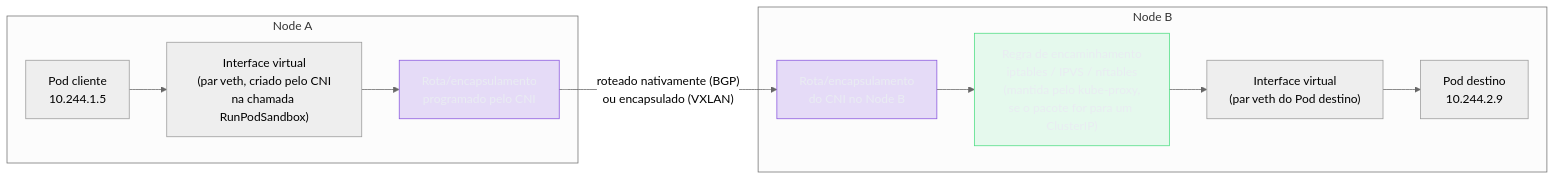
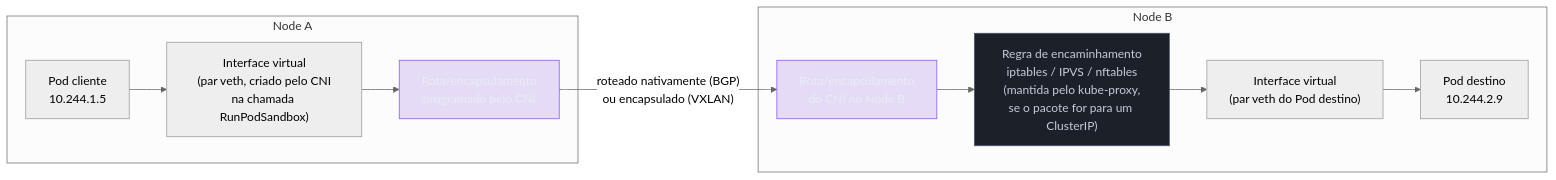
One commit to josenaldo/codex-technomanticus changed the fifth of 5 diagrams in 03-Dominios/Tecnologia/Infraestrutura/Kubernetes/20 - Rede do cluster por dentro.md. Above: the diagram before and after it, drawn with Mermaid (neutral theme). The commit also changed other lines of this file and 601 other files, not shown here.

````diff
--- a/03-Dominios/Tecnologia/Infraestrutura/Kubernetes/20 - Rede do cluster por dentro.md
+++ b/03-Dominios/Tecnologia/Infraestrutura/Kubernetes/20 - Rede do cluster por dentro.md
@@ -390,21 +390,21 @@
 ```mermaid
 flowchart LR
+    classDef neutro fill:#1B2029,stroke:#4E5666,color:#C6CCD8
     classDef marca fill:#8855DF33,stroke:#8855DF,color:#E9ECF2
-    classDef ok fill:#4ADE8021,stroke:#4ADE80,color:#E9ECF2
     subgraph NodeA["Node A"]
         PodA["Pod cliente<br/>10.244.1.5"] --> VethA["Interface virtual<br/>(par veth, criado pelo CNI<br/>na chamada RunPodSandbox)"]
         VethA --> RouteA["Rota/encapsulamento<br/>programado pelo CNI"]
     end
 
     RouteA -->|"roteado nativamente (BGP)<br/>ou encapsulado (VXLAN)"| RouteB
 
     subgraph NodeB["Node B"]
         RouteB["Rota/encapsulamento<br/>do CNI no Node B"] --> Regra["Regra de encaminhamento<br/>iptables / IPVS / nftables<br/>(mantida pelo kube-proxy,<br/>se o pacote for para um ClusterIP)"]
         Regra --> VethB["Interface virtual<br/>(par veth do Pod destino)"]
         VethB --> PodB["Pod destino<br/>10.244.2.9"]
     end
 
     class RouteA marca
     class RouteB marca
-    class Regra ok
+    class Regra neutro
 ```
````
